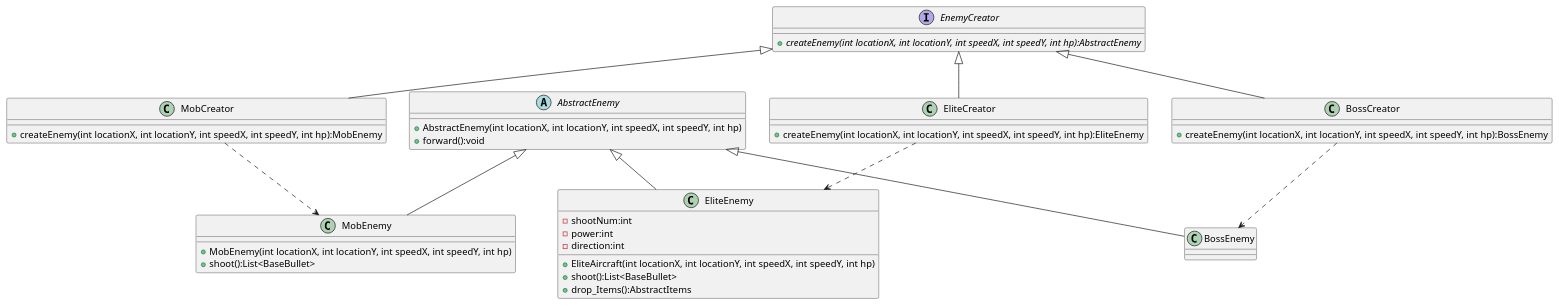
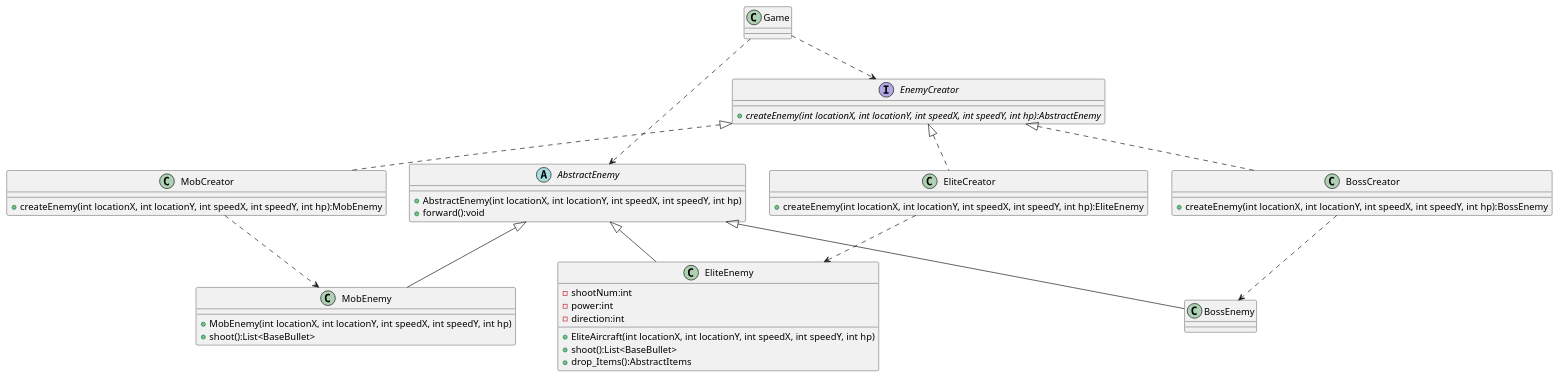
One commit to HenryZ5734/MyAircraftWar changed the diagram in uml/enemyfactory.puml. Above: the diagram before and after it, drawn with PlantUML. The commit also changed 2 other files, not shown here.

Commit message:
修改了单例模式和工厂模式的uml类图

```diff
--- a/uml/enemyfactory.puml
+++ b/uml/enemyfactory.puml
@@ -1,53 +1,59 @@
 @startuml
+
+Game ..> EnemyCreator
+Game ..> AbstractEnemy
 
 AbstractEnemy <|-- MobEnemy
 AbstractEnemy <|-- EliteEnemy
 AbstractEnemy <|-- BossEnemy
 
-EnemyCreator <|-- MobCreator
-EnemyCreator <|-- EliteCreator
-EnemyCreator <|-- BossCreator
+EnemyCreator <|.. MobCreator
+EnemyCreator <|.. EliteCreator
+EnemyCreator <|.. BossCreator
 
 MobCreator ..> MobEnemy
 EliteCreator ..> EliteEnemy
 BossCreator ..> BossEnemy
 
+class Game{
+
+}
 interface EnemyCreator{
     + {abstract}createEnemy(int locationX, int locationY, int speedX, int speedY, int hp):AbstractEnemy
 }
 
 abstract class AbstractEnemy{
     + AbstractEnemy(int locationX, int locationY, int speedX, int speedY, int hp)
     + forward():void
 }
 
 class MobEnemy {
     + MobEnemy(int locationX, int locationY, int speedX, int speedY, int hp)
     + shoot():List<BaseBullet>
 }
 class EliteEnemy{
     - shootNum:int
     - power:int
     - direction:int
     + EliteAircraft(int locationX, int locationY, int speedX, int speedY, int hp)
     + shoot():List<BaseBullet>
     + drop_Items():AbstractItems
 }
 
 class BossEnemy{
 
 }
 
 class MobCreator{
     + createEnemy(int locationX, int locationY, int speedX, int speedY, int hp):MobEnemy
 }
 
 class EliteCreator{
     + createEnemy(int locationX, int locationY, int speedX, int speedY, int hp):EliteEnemy
 }
 
 class BossCreator{
     + createEnemy(int locationX, int locationY, int speedX, int speedY, int hp):BossEnemy
 }
 
 @enduml
```
